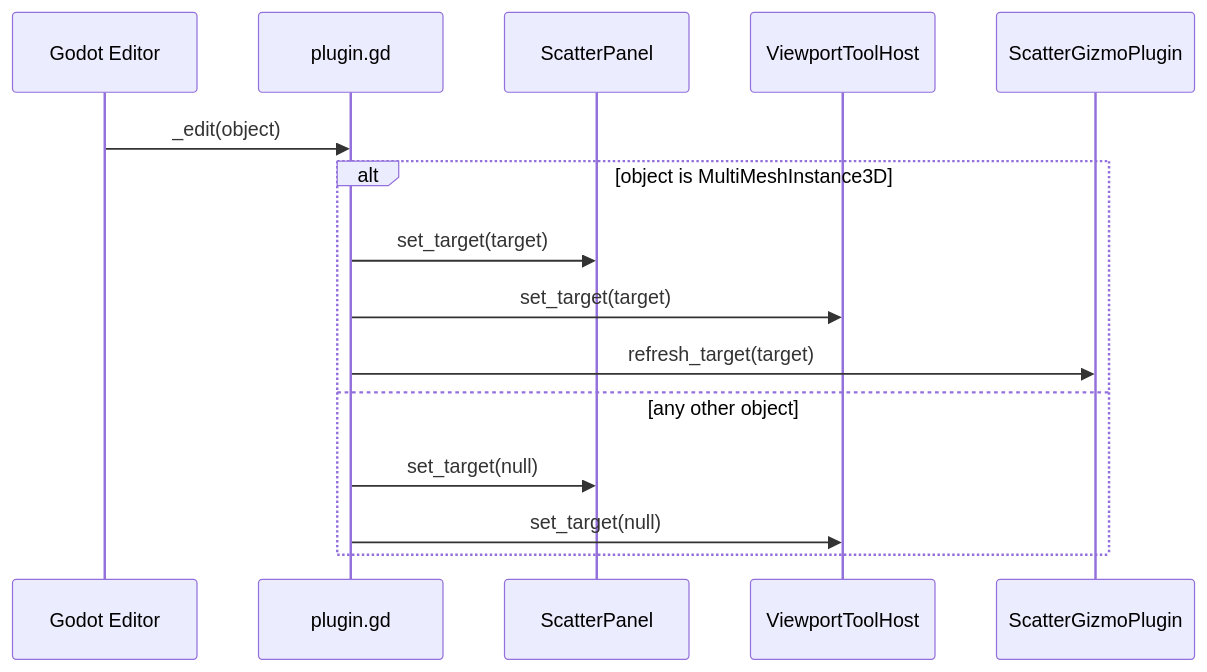
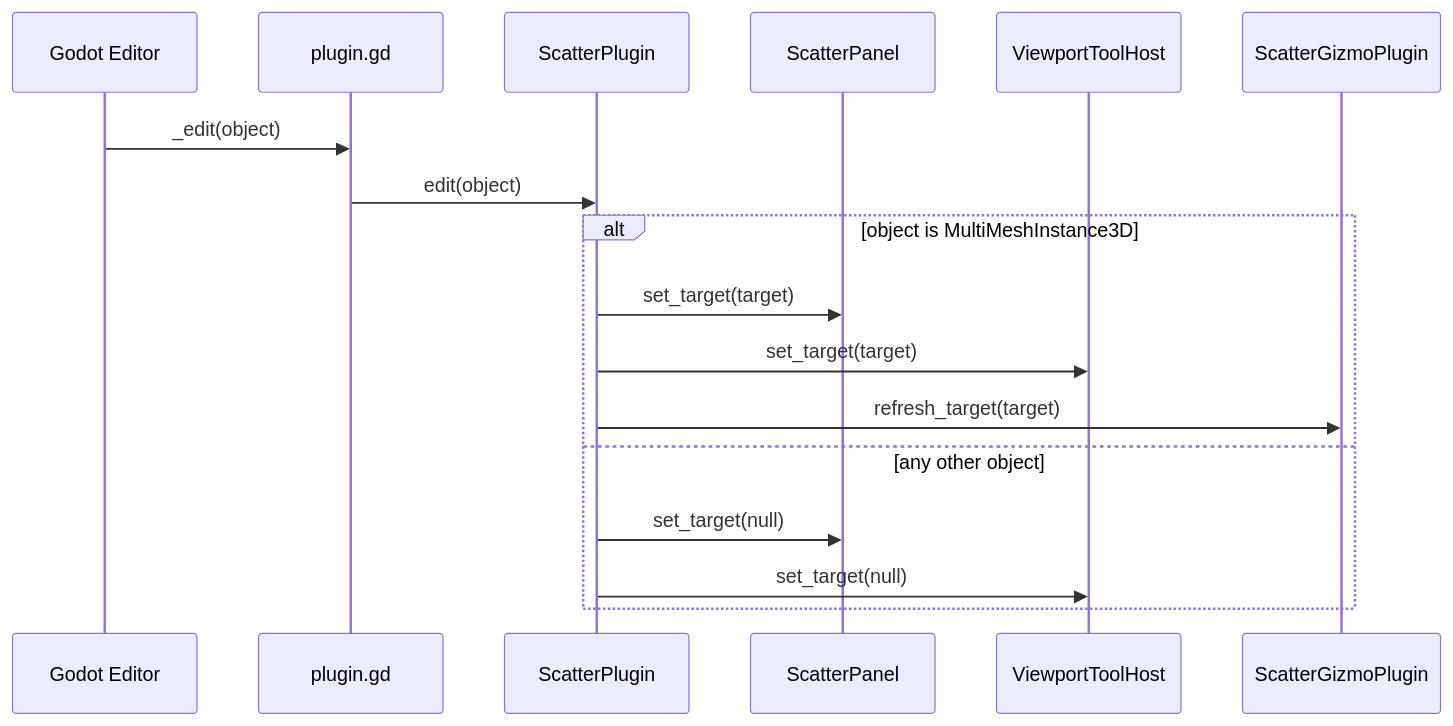
One commit to xiaowangxu/godot-scatter-plugin changed the second of 4 diagrams in addons/scatter/ARCHITECTURE.md. Above: the diagram before and after it, drawn with Mermaid. The commit also changed other lines of this file and 5 other files, not shown here.

Commit message:
feat: 添加 ScatterPlugin 类以协调插件组件，重构 plugin.gd 以简化生命周期管理

````diff
--- a/addons/scatter/ARCHITECTURE.md
+++ b/addons/scatter/ARCHITECTURE.md
@@ -141,18 +153,20 @@
 ```mermaid
 sequenceDiagram
     participant Godot as Godot Editor
-    participant Plugin as plugin.gd
+    participant Entry as plugin.gd
+    participant Plugin as ScatterPlugin
     participant Panel as ScatterPanel
     participant Tools as ViewportToolHost
     participant Gizmo as ScatterGizmoPlugin
 
-    Godot->>Plugin: _edit(object)
+    Godot->>Entry: _edit(object)
+    Entry->>Plugin: edit(object)
     alt object is MultiMeshInstance3D
         Plugin->>Panel: set_target(target)
         Plugin->>Tools: set_target(target)
         Plugin->>Gizmo: refresh_target(target)
     else any other object
         Plugin->>Panel: set_target(null)
         Plugin->>Tools: set_target(null)
     end
 ```
````
